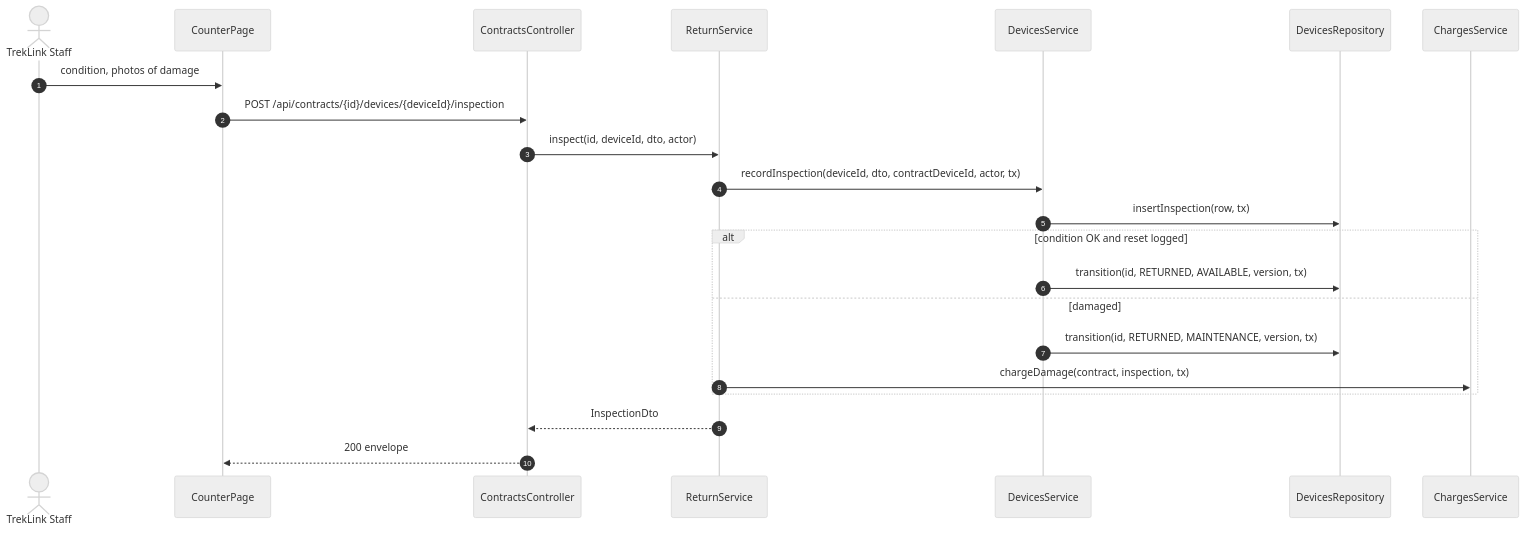
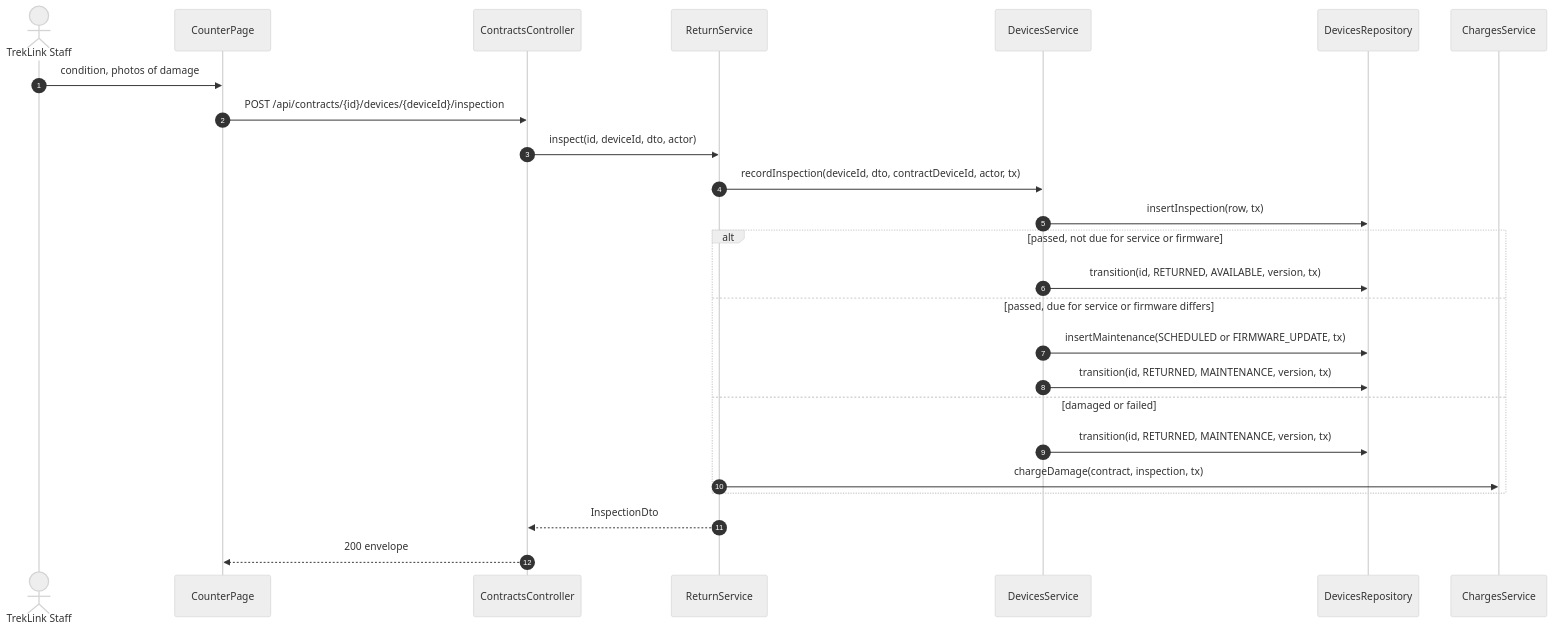
Before and after one commit to TrekLink-Team/treklink-web: the eighth of 18 diagrams in specs/devices/design.md, drawn with Mermaid (neutral theme). The commit also changed other lines of this file and 39 other files, not shown here.

First line of the commit message:
docs: design periodic maintenance (D-047) and apply the SDD sequence conventions

````diff
--- a/specs/devices/design.md
+++ b/specs/devices/design.md
@@ -255,24 +294,27 @@
 ```mermaid
 sequenceDiagram
     autonumber
     actor St as TrekLink Staff
     participant P as CounterPage
     participant C as ContractsController
     participant RS as ReturnService
     participant S as DevicesService
     participant R as DevicesRepository
     participant Ch as ChargesService
     St->>P: condition, photos of damage
     P->>C: POST /api/contracts/{id}/devices/{deviceId}/inspection
     C->>RS: inspect(id, deviceId, dto, actor)
     RS->>S: recordInspection(deviceId, dto, contractDeviceId, actor, tx)
     S->>R: insertInspection(row, tx)
-    alt condition OK and reset logged
+    alt passed, not due for service or firmware
         S->>R: transition(id, RETURNED, AVAILABLE, version, tx)
-    else damaged
+    else passed, due for service or firmware differs
+        S->>R: insertMaintenance(SCHEDULED or FIRMWARE_UPDATE, tx)
+        S->>R: transition(id, RETURNED, MAINTENANCE, version, tx)
+    else damaged or failed
         S->>R: transition(id, RETURNED, MAINTENANCE, version, tx)
         RS->>Ch: chargeDamage(contract, inspection, tx)
     end
     RS-->>C: InspectionDto
     C-->>P: 200 envelope
 ```
````
